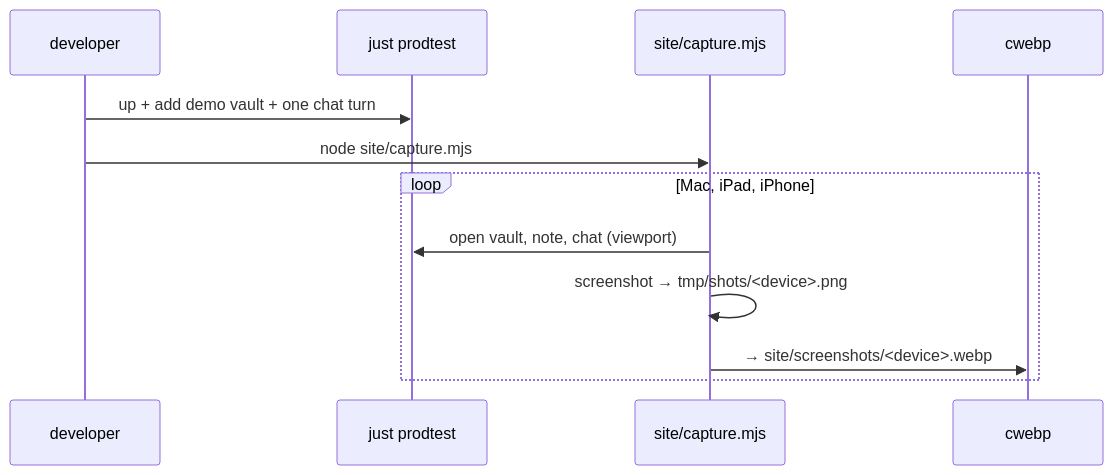
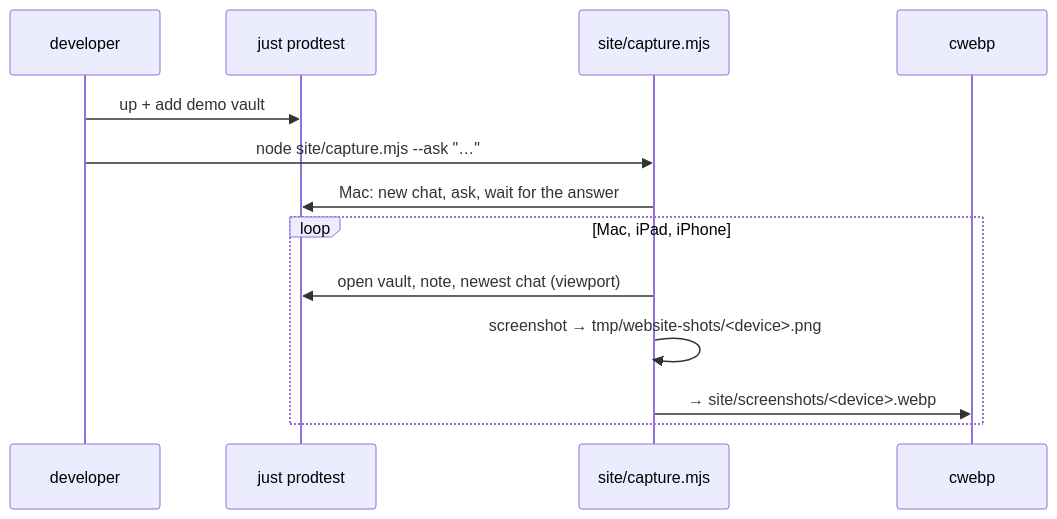
Before and after one commit to tillg/karpathy.app: the second of 2 diagrams in specs/changes/website-screenshots-and-origin/architecture.md, drawn with Mermaid. The commit also changed other lines of this file and 6 other files, not shown here.

First line of the commit message:
website-screenshots-and-origin: review fixes — capture.mjs (lint, prodtest only, no alpha, real waits), exact screenshot set, gist date, spec drift

````diff
--- a/specs/changes/website-screenshots-and-origin/architecture.md
+++ b/specs/changes/website-screenshots-and-origin/architecture.md
@@ -66,14 +68,15 @@
 ```mermaid
 sequenceDiagram
   participant Dev as developer
   participant PT as just prodtest
   participant C as site/capture.mjs
   participant W as cwebp
-  Dev->>PT: up + add demo vault + one chat turn
-  Dev->>C: node site/capture.mjs
+  Dev->>PT: up + add demo vault
+  Dev->>C: node site/capture.mjs --ask "…"
+  C->>PT: Mac: new chat, ask, wait for the answer
   loop Mac, iPad, iPhone
-    C->>PT: open vault, note, chat (viewport)
-    C->>C: screenshot → tmp/shots/<device>.png
+    C->>PT: open vault, note, newest chat (viewport)
+    C->>C: screenshot → tmp/website-shots/<device>.png
     C->>W: → site/screenshots/<device>.webp
   end
 ```
````
